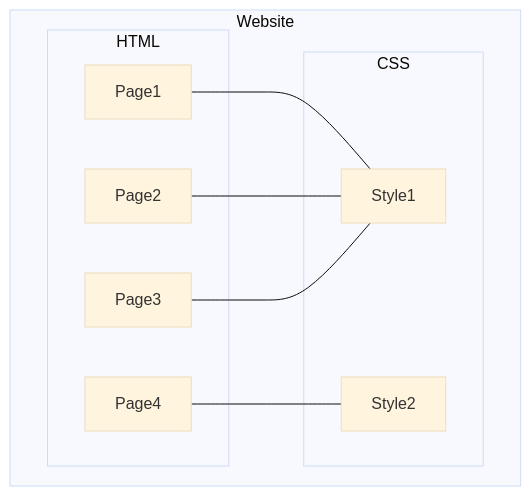
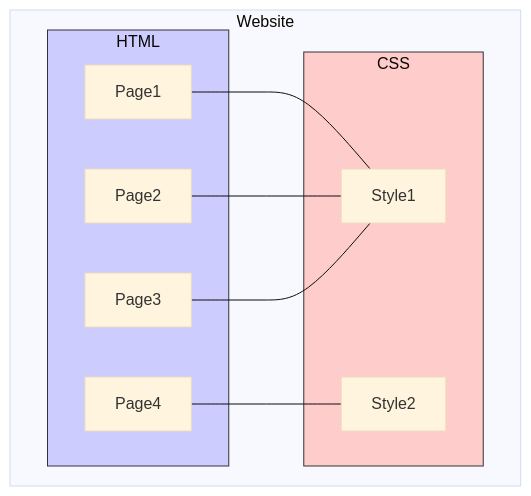
One commit to cesarsotovalero/cesarsotovalero.github.io changed the seventh of 10 diagrams in _posts/2024/2024-01-12-the-evolution-of-the-web-from-html-to-webassembly.md. Above: the diagram before and after it, drawn with Mermaid. The commit also changed other lines of this file and 1 other file, not shown here.

````diff
--- a/_posts/2024/2024-01-12-the-evolution-of-the-web-from-html-to-webassembly.md
+++ b/_posts/2024/2024-01-12-the-evolution-of-the-web-from-html-to-webassembly.md
@@ -438,21 +439,24 @@
 ```mermaid
 %%{init: {'theme':'base'}}%%
 flowchart TB  
   subgraph Website
     direction LR 
     subgraph HTML
         Page1
         Page2
         Page3
         Page4   
     end
     subgraph CSS
         Style1
         Style2
     end
   end
   Page1 --- Style1
   Page2 --- Style1
   Page3 --- Style1
   Page4 --- Style2
+  
+  style HTML fill:#ccf,stroke:#333
+  style CSS fill:#ffcccc,stroke:#333
   ```
````
